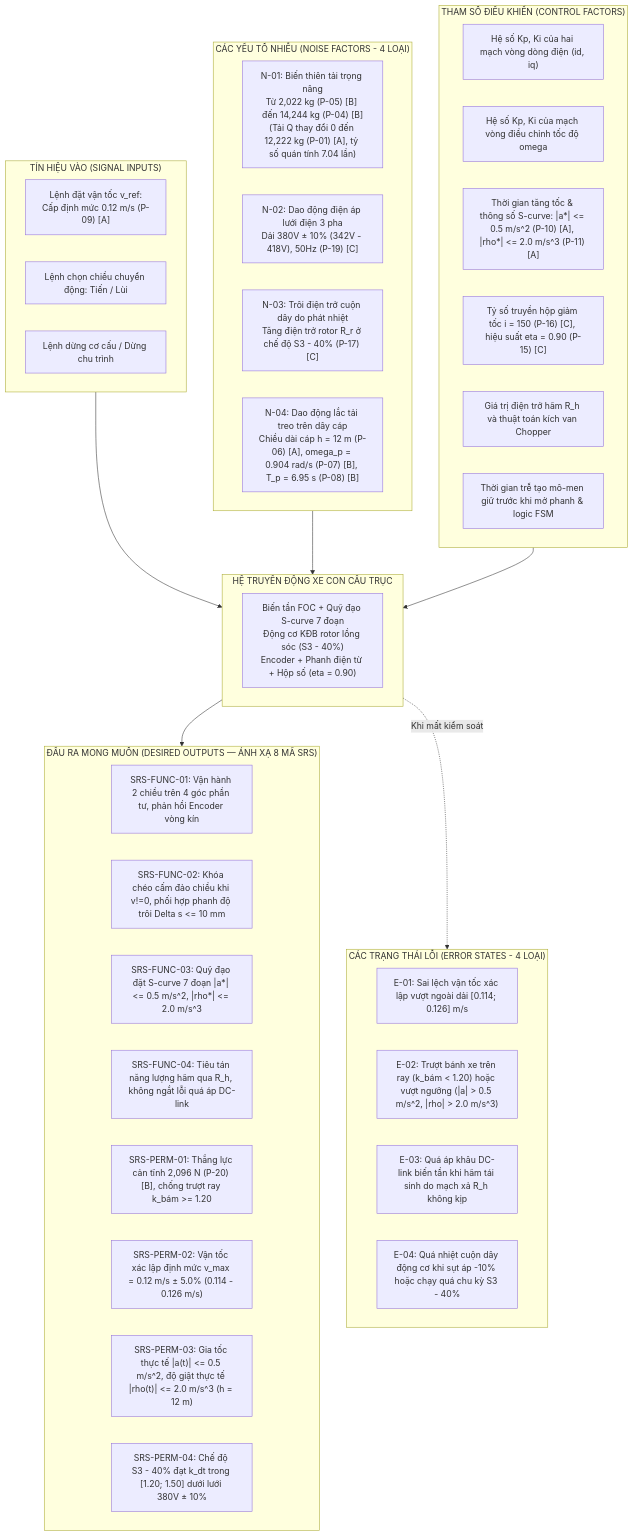
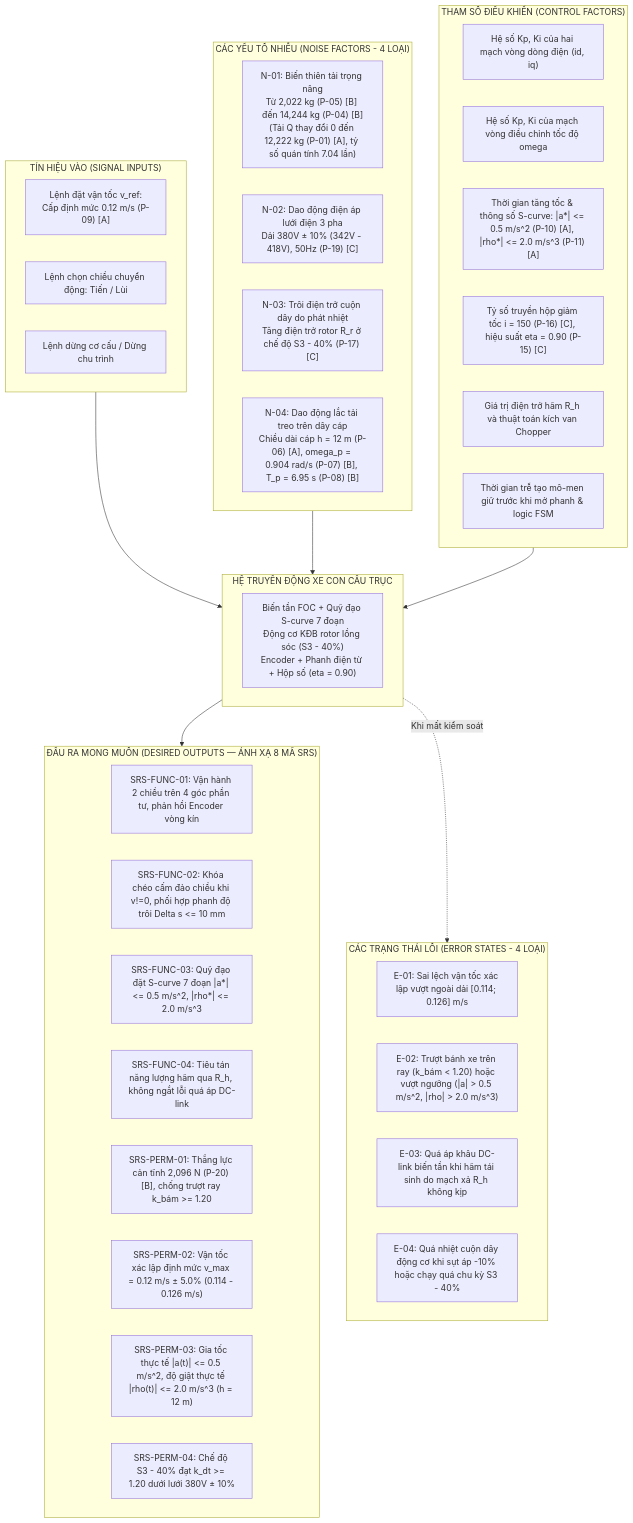
Before and after one commit to ntdong3008-tech/Crane-trolley: the second of 2 diagrams in Block 1/02_Boundary_va_P_Diagram.md, drawn with Mermaid. The commit also changed other lines of this file and 18 other files, not shown here.

````diff
--- a/Block 1/02_Boundary_va_P_Diagram.md
+++ b/Block 1/02_Boundary_va_P_Diagram.md
@@ -119,52 +120,52 @@
 ```mermaid
 graph TB
     subgraph NHIEU["CÁC YẾU TỐ NHIỄU (NOISE FACTORS - 4 LOẠI)"]
         N1["N-01: Biến thiên tải trọng nâng<br/>Từ 2,022 kg (P-05) [B] đến 14,244 kg (P-04) [B]<br/>(Tải Q thay đổi 0 đến 12,222 kg (P-01) [A], tỷ số quán tính 7.04 lần)"]
         N2["N-02: Dao động điện áp lưới điện 3 pha<br/>Dải 380V ± 10% (342V - 418V), 50Hz (P-19) [C]"]
         N3["N-03: Trôi điện trở cuộn dây do phát nhiệt<br/>Tăng điện trở rotor R_r ở chế độ S3 - 40% (P-17) [C]"]
         N4["N-04: Dao động lắc tải treo trên dây cáp<br/>Chiều dài cáp h = 12 m (P-06) [A], omega_p = 0.904 rad/s (P-07) [B], T_p = 6.95 s (P-08) [B]"]
     end
 
     subgraph TIN_HIEU_VAO["TÍN HIỆU VÀO (SIGNAL INPUTS)"]
         IN1["Lệnh đặt vận tốc v_ref:<br/>Cấp định mức 0.12 m/s (P-09) [A]"]
         IN2["Lệnh chọn chiều chuyển động: Tiến / Lùi"]
         IN3["Lệnh dừng cơ cấu / Dừng chu trình"]
     end
 
     subgraph HE_THONG["HỆ TRUYỀN ĐỘNG XE CON CẦU TRỤC"]
         SYS["Biến tần FOC + Quỹ đạo S-curve 7 đoạn<br/>Động cơ KĐB rotor lồng sóc (S3 - 40%)<br/>Encoder + Phanh điện từ + Hộp số (eta = 0.90)"]
     end
 
     subgraph THAM_SO_DK["THAM SỐ ĐIỀU KHIỂN (CONTROL FACTORS)"]
         C1["Hệ số Kp, Ki của hai mạch vòng dòng điện (id, iq)"]
         C2["Hệ số Kp, Ki của mạch vòng điều chỉnh tốc độ omega"]
         C3["Thời gian tăng tốc & thông số S-curve: |a*| <= 0.5 m/s^2 (P-10) [A], |rho*| <= 2.0 m/s^3 (P-11) [A]"]
         C4["Tỷ số truyền hộp giảm tốc i = 150 (P-16) [C], hiệu suất eta = 0.90 (P-15) [C]"]
         C5["Giá trị điện trở hãm R_h và thuật toán kích van Chopper"]
         C6["Thời gian trễ tạo mô-men giữ trước khi mở phanh & logic FSM"]
     end
 
     subgraph DAU_RA["ĐẦU RA MONG MUỐN (DESIRED OUTPUTS — ÁNH XẠ 8 MÃ SRS)"]
         OUT1["SRS-FUNC-01: Vận hành 2 chiều trên 4 góc phần tư, phản hồi Encoder vòng kín"]
         OUT2["SRS-FUNC-02: Khóa chéo cấm đảo chiều khi v!=0, phối hợp phanh độ trôi Delta s <= 10 mm"]
         OUT3["SRS-FUNC-03: Quỹ đạo đặt S-curve 7 đoạn |a*| <= 0.5 m/s^2, |rho*| <= 2.0 m/s^3"]
         OUT4["SRS-FUNC-04: Tiêu tán năng lượng hãm qua R_h, không ngắt lỗi quá áp DC-link"]
         OUT5["SRS-PERM-01: Thắng lực cản tĩnh 2,096 N (P-20) [B], chống trượt ray k_bám >= 1.20"]
         OUT6["SRS-PERM-02: Vận tốc xác lập định mức v_max = 0.12 m/s ± 5.0% (0.114 - 0.126 m/s)"]
         OUT7["SRS-PERM-03: Gia tốc thực tế |a(t)| <= 0.5 m/s^2, độ giật thực tế |rho(t)| <= 2.0 m/s^3 (h = 12 m)"]
-        OUT8["SRS-PERM-04: Chế độ S3 - 40% đạt k_dt trong [1.20; 1.50] dưới lưới 380V ± 10%"]
+        OUT8["SRS-PERM-04: Chế độ S3 - 40% đạt k_dt >= 1.20 dưới lưới 380V ± 10%"]
     end
 
     subgraph LOI["CÁC TRẠNG THÁI LỖI (ERROR STATES - 4 LOẠI)"]
         E1["E-01: Sai lệch vận tốc xác lập vượt ngoài dải [0.114; 0.126] m/s"]
         E2["E-02: Trượt bánh xe trên ray (k_bám < 1.20) hoặc vượt ngưỡng (|a| > 0.5 m/s^2, |rho| > 2.0 m/s^3)"]
         E3["E-03: Quá áp khâu DC-link biến tần khi hãm tái sinh do mạch xả R_h không kịp"]
         E4["E-04: Quá nhiệt cuộn dây động cơ khi sụt áp -10% hoặc chạy quá chu kỳ S3 - 40%"]
     end
 
     TIN_HIEU_VAO --> HE_THONG
     NHIEU --> HE_THONG
     THAM_SO_DK --> HE_THONG
     HE_THONG --> DAU_RA
     HE_THONG -.->|Khi mất kiểm soát| LOI
 ```
````
